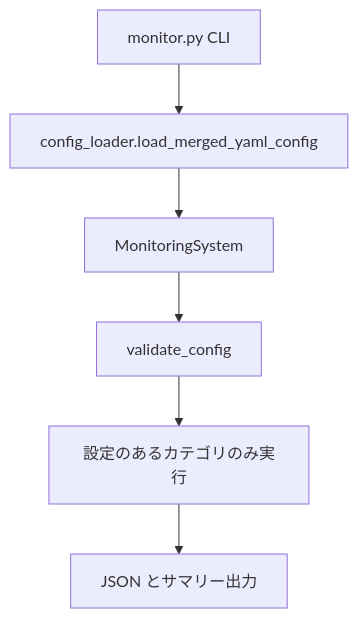
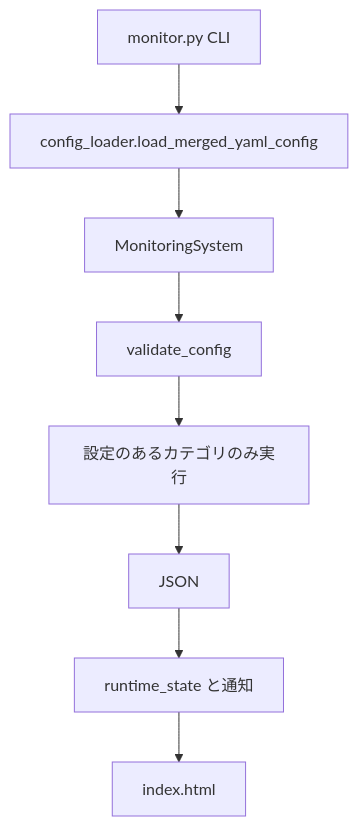
One commit to wazyc/BeaconBase changed the diagram in docs/architecture.md. Above: the diagram before and after it, drawn with Mermaid. The commit also changed other lines of this file and 19 other files, not shown here.

````diff
--- a/docs/architecture.md
+++ b/docs/architecture.md
@@ -18,10 +21,12 @@
 ```mermaid
 flowchart TD
   cli[monitor.py CLI]
   load[config_loader.load_merged_yaml_config]
   ms[MonitoringSystem]
   val[validate_config]
   checks[設定のあるカテゴリのみ実行]
-  save[JSON とサマリー出力]
-  cli --> load --> ms --> val --> checks --> save
+  save[JSON]
+  state[runtime_state と通知]
+  dash[index.html]
+  cli --> load --> ms --> val --> checks --> save --> state --> dash
 ```
````
